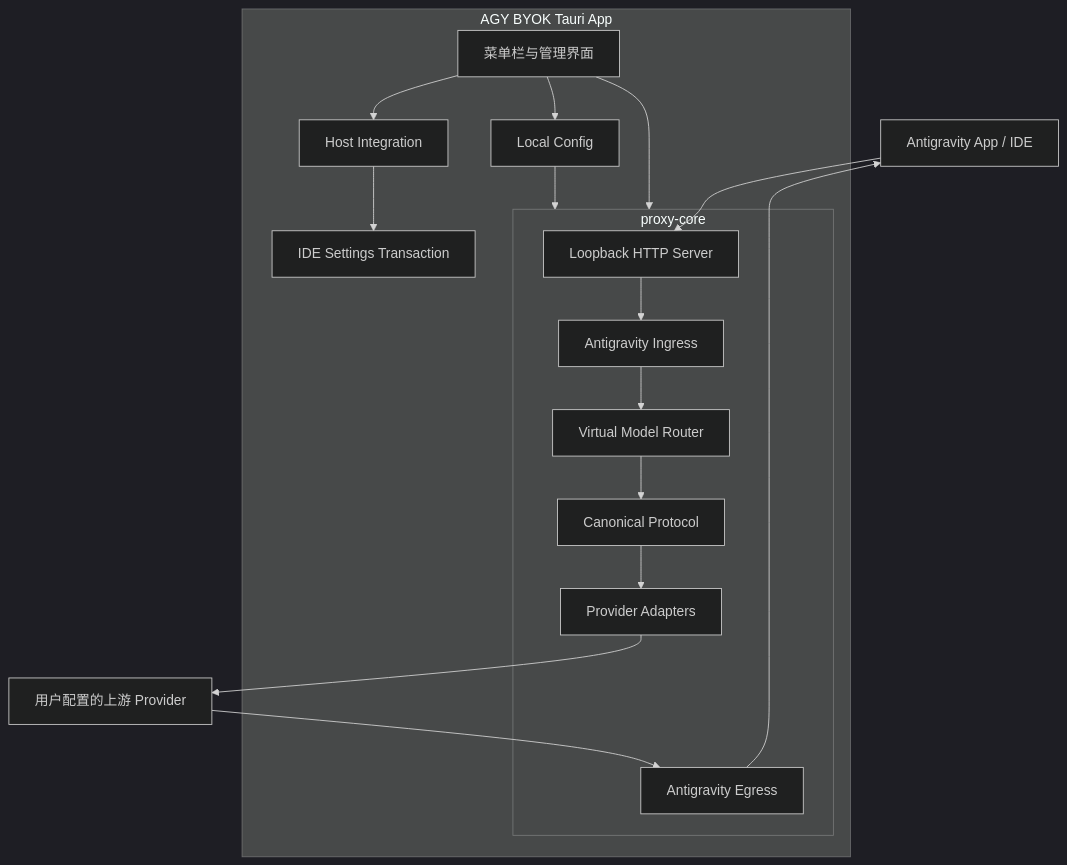
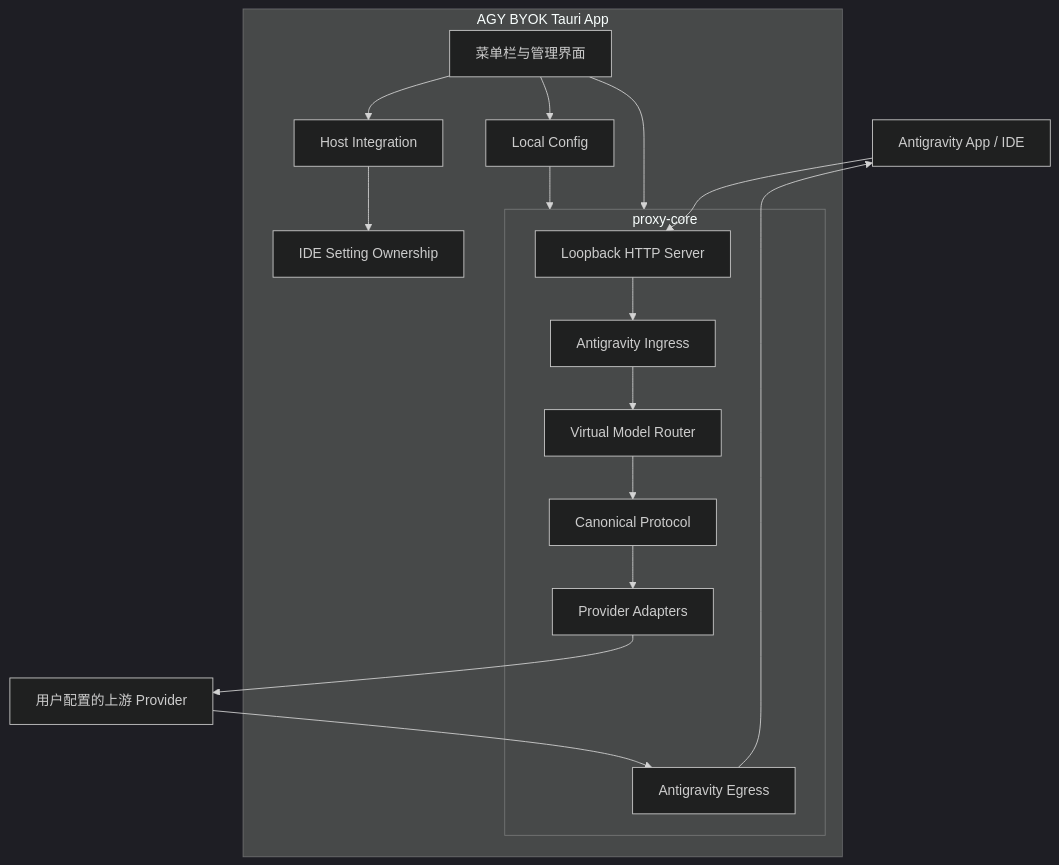
The diagram in README.md (yuzhiqiang1993/agy-byok), drawn with Mermaid (dark theme) before and after one commit. The commit also changed other lines of this file and 18 other files, not shown here.

````diff
--- a/README.md
+++ b/README.md
@@ -59,36 +72,36 @@
 ```mermaid
 flowchart TD
     Host[Antigravity App / IDE]
 
     subgraph Desktop[AGY BYOK Tauri App]
         UI[菜单栏与管理界面]
         Integration[Host Integration]
-        Transaction[IDE Settings Transaction]
+        Ownership[IDE Setting Ownership]
         Config[Local Config]
 
         subgraph Core[proxy-core]
             Server[Loopback HTTP Server]
             Ingress[Antigravity Ingress]
             Router[Virtual Model Router]
             Canonical[Canonical Protocol]
             Adapters[Provider Adapters]
             Egress[Antigravity Egress]
         end
     end
 
     Upstream[用户配置的上游 Provider]
 
     UI --> Core
     UI --> Integration
-    Integration --> Transaction
+    Integration --> Ownership
     Host --> Server
     Server --> Ingress
     Ingress --> Router
     Router --> Canonical
     Canonical --> Adapters
     Adapters --> Upstream
     Upstream --> Egress
     Egress --> Host
     UI --> Config
     Config --> Core
 ```
````
